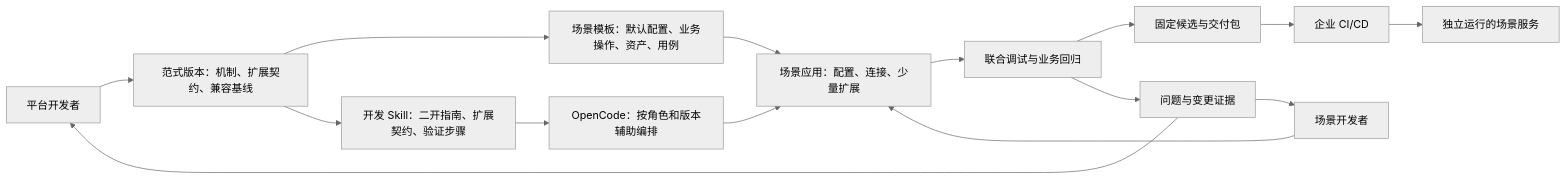
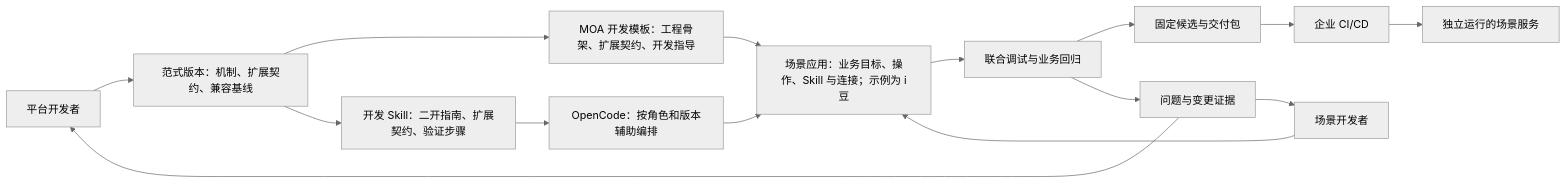
Before and after one commit to Vincenttao/agent-builder-java: the diagram in docs/Agent开发工作台_PRD_v2.0.md, drawn with Mermaid (neutral theme). The commit also changed other lines of this file and 9 other files, not shown here.

````diff
--- a/docs/Agent开发工作台_PRD_v2.0.md
+++ b/docs/Agent开发工作台_PRD_v2.0.md
@@ -82,17 +84,17 @@
 ```mermaid
 flowchart LR
   P[平台开发者] --> F[范式版本：机制、扩展契约、兼容基线]
-  F --> T[场景模板：默认配置、业务操作、资产、用例]
+  F --> T[MOA 开发模板：工程骨架、扩展契约、开发指导]
   F --> K[开发 Skill：二开指南、扩展契约、验证步骤]
   K --> O[OpenCode：按角色和版本辅助编排]
   O --> A
-  T --> A[场景应用：配置、连接、少量扩展]
+  T --> A[场景应用：业务目标、操作、Skill 与连接；示例为 i豆]
   S[场景开发者] --> A
   A --> D[联合调试与业务回归]
   D --> C[固定候选与交付包]
   C --> I[企业 CI/CD]
   I --> R[独立运行的场景服务]
   D --> E[问题与变更证据]
   E --> P
   E --> S
 ```
````
